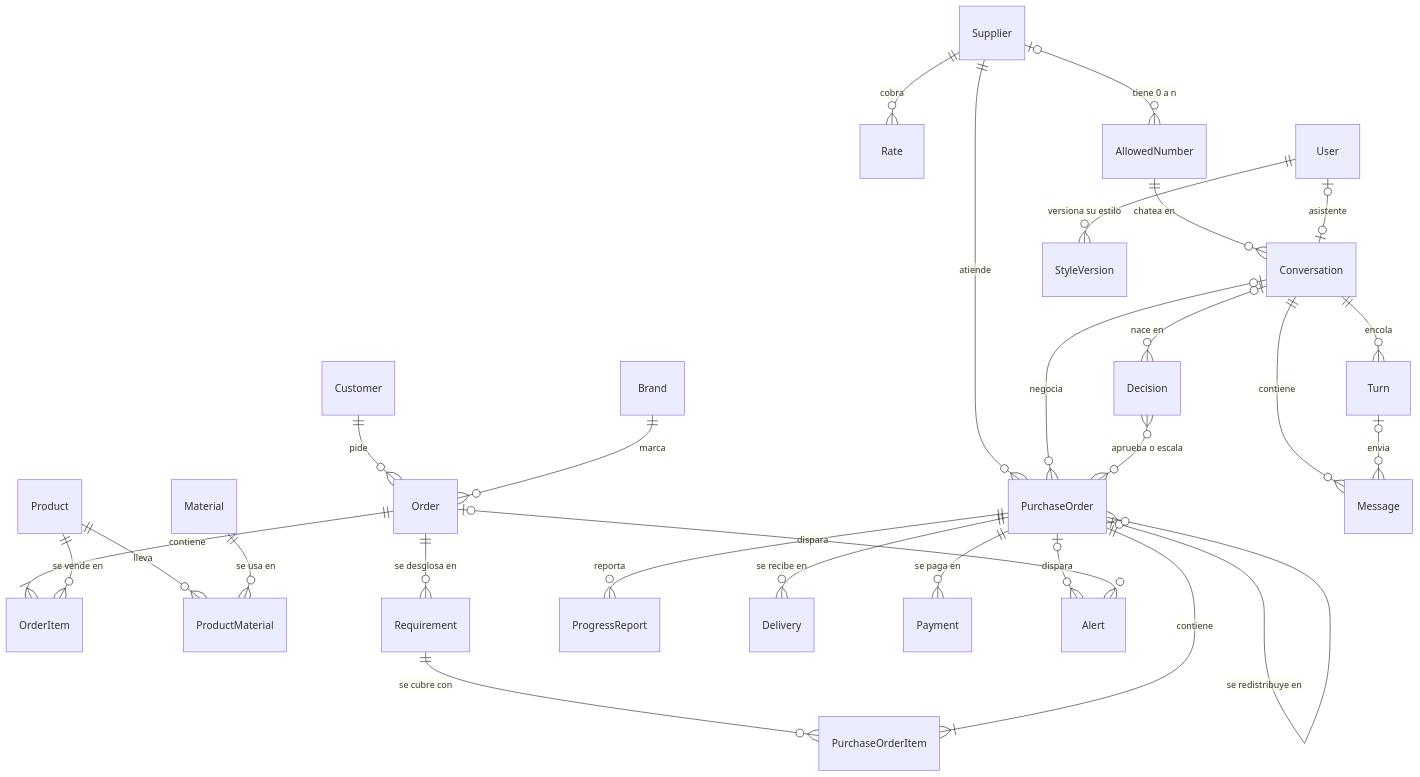
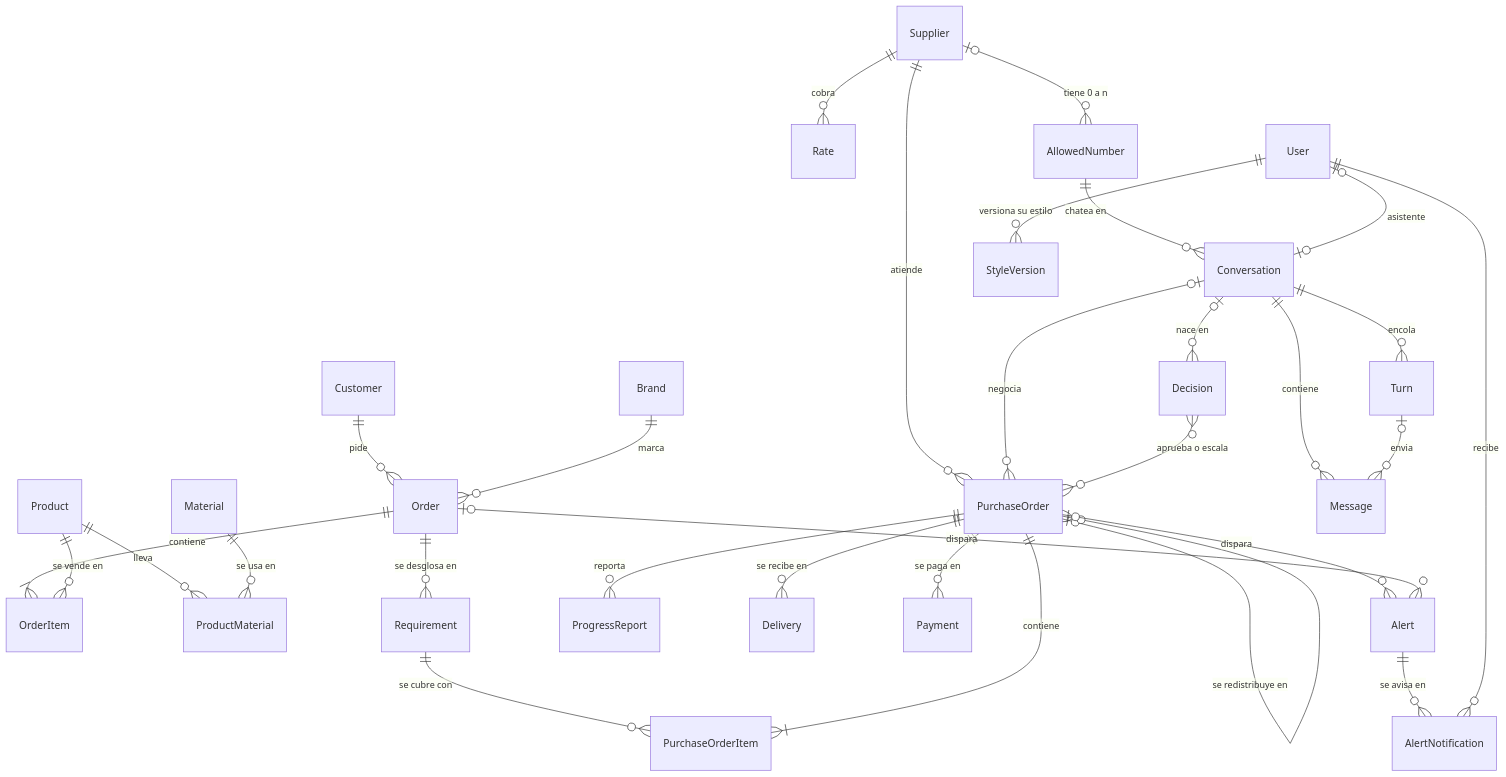
Before and after one commit to oscargicast/corpotex: the first of 11 diagrams in docs/backend/modelo-de-datos.md, drawn with Mermaid. The commit also changed other lines of this file and 32 other files, not shown here.

````diff
--- a/docs/backend/modelo-de-datos.md
+++ b/docs/backend/modelo-de-datos.md
@@ -225,30 +259,32 @@
 ```mermaid
 erDiagram
     Customer ||--o{ Order : "pide"
     Brand ||--o{ Order : "marca"
     Order ||--|{ OrderItem : "contiene"
     Product ||--o{ OrderItem : "se vende en"
     Product ||--o{ ProductMaterial : "lleva"
     Material ||--o{ ProductMaterial : "se usa en"
     Order ||--o{ Requirement : "se desglosa en"
     Requirement ||--o{ PurchaseOrderItem : "se cubre con"
     PurchaseOrder ||--|{ PurchaseOrderItem : "contiene"
     Supplier ||--o{ PurchaseOrder : "atiende"
     Supplier ||--o{ Rate : "cobra"
     PurchaseOrder |o--o{ PurchaseOrder : "se redistribuye en"
     PurchaseOrder ||--o{ ProgressReport : "reporta"
     PurchaseOrder ||--o{ Delivery : "se recibe en"
     PurchaseOrder ||--o{ Payment : "se paga en"
     Supplier |o--o{ AllowedNumber : "tiene 0 a n"
     AllowedNumber ||--o{ Conversation : "chatea en"
     User |o--o| Conversation : "asistente"
     User ||--o{ StyleVersion : "versiona su estilo"
     Conversation |o--o{ PurchaseOrder : "negocia"
     Conversation ||--o{ Message : "contiene"
     Conversation ||--o{ Turn : "encola"
     Turn |o--o{ Message : "envia"
     Decision }o--o{ PurchaseOrder : "aprueba o escala"
     Conversation |o--o{ Decision : "nace en"
     PurchaseOrder |o--o{ Alert : "dispara"
     Order |o--o{ Alert : "dispara"
+    Alert ||--o{ AlertNotification : "se avisa en"
+    User ||--o{ AlertNotification : "recibe"
 ```
````
